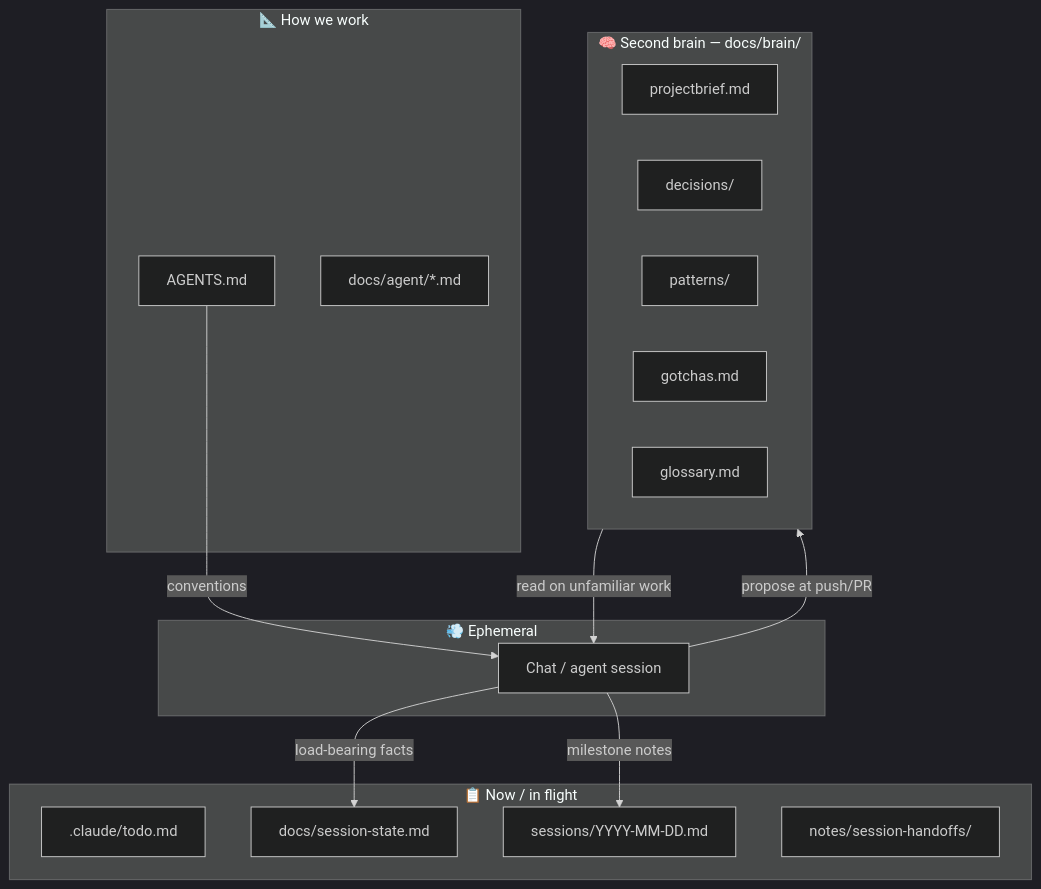
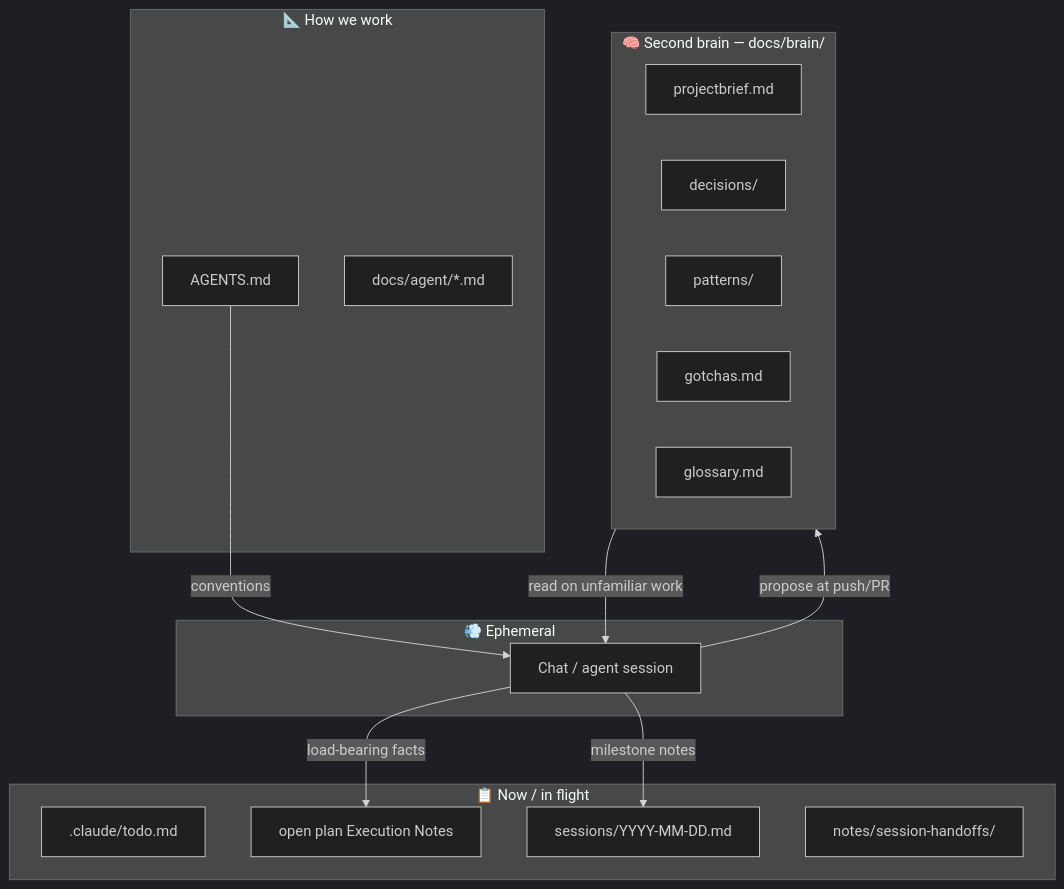
One commit to WDD-CODER/foodVibe1.0 changed the first of 5 diagrams in docs/brain/how-it-works.md. Above: the diagram before and after it, drawn with Mermaid (dark theme). The commit also changed other lines of this file and 157 other files, not shown here.

````diff
--- a/docs/brain/how-it-works.md
+++ b/docs/brain/how-it-works.md
@@ -10,32 +10,32 @@
 ```mermaid
 flowchart TB
   subgraph ephemeral["💨 Ephemeral"]
     CHAT["Chat / agent session"]
   end
 
   subgraph now["📋 Now / in flight"]
     TODO[".claude/todo.md"]
-    STATE["docs/session-state.md"]
+    STATE["open plan Execution Notes"]
     SESS["sessions/YYYY-MM-DD.md"]
     HAND["notes/session-handoffs/"]
   end
 
   subgraph brain["🧠 Second brain — docs/brain/"]
     BRIEF["projectbrief.md"]
     ADR["decisions/"]
     PAT["patterns/"]
     GOT["gotchas.md"]
     GLOSS["glossary.md"]
   end
 
   subgraph rules["📐 How we work"]
     AGENTS["AGENTS.md"]
     AGENTDOCS["docs/agent/*.md"]
   end
 
   CHAT -->|"load-bearing facts"| STATE
   CHAT -->|"milestone notes"| SESS
   CHAT -->|"propose at push/PR"| brain
   brain -->|"read on unfamiliar work"| CHAT
   AGENTS -->|"conventions"| CHAT
 ```
````
